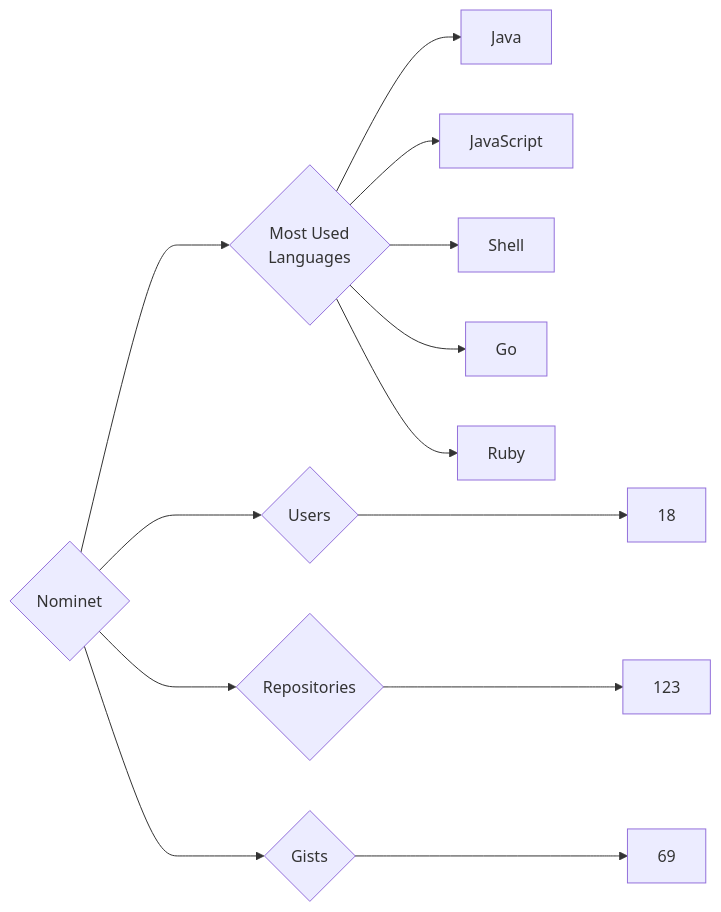
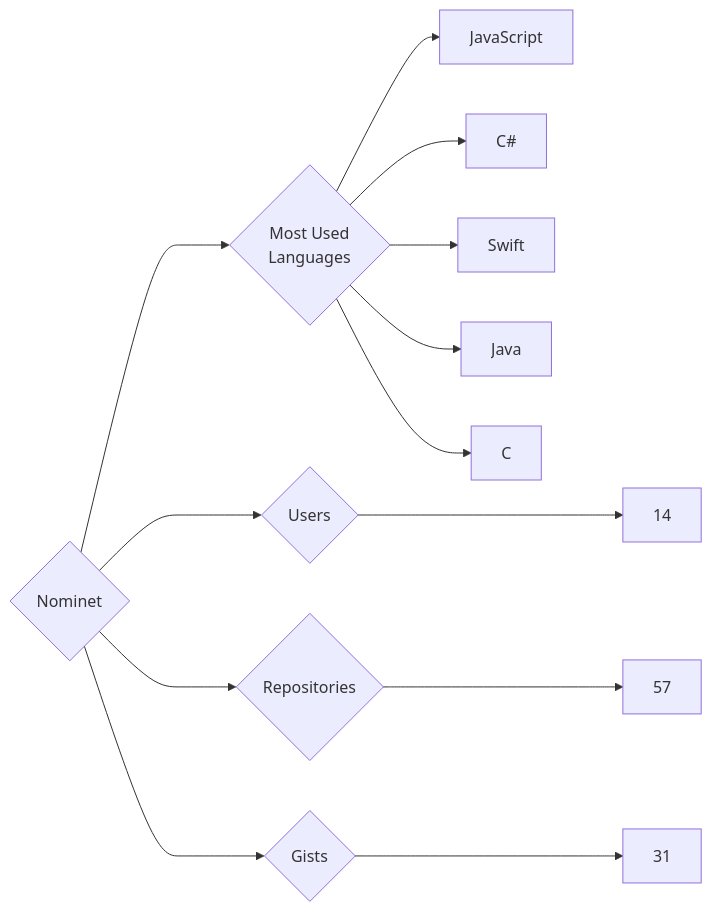
Before and after one commit to trickest/insiders: the diagram in targets/Nominet/README.md, drawn with Mermaid. The commit also changed 920 other files, not shown here.

````diff
--- a/targets/Nominet/README.md
+++ b/targets/Nominet/README.md
@@ -3,13 +3,13 @@
 ```mermaid
 graph LR
 COMPANY_NAME{Nominet}
-COMPANY_NAME ---> U{Users} ---> UN[18]
-COMPANY_NAME ---> R{Repositories} ---> RN[123]
-COMPANY_NAME ---> G{Gists} ---> GN[69]
+COMPANY_NAME ---> U{Users} ---> UN[14]
+COMPANY_NAME ---> R{Repositories} ---> RN[57]
+COMPANY_NAME ---> G{Gists} ---> GN[31]
 COMPANY_NAME ---> ML{Most Used<br>Languages}
+ML --> JavaScript[JavaScript]
+ML --> C#[C#]
+ML --> Swift[Swift]
 ML --> Java[Java]
-ML --> JavaScript[JavaScript]
-ML --> Shell[Shell]
-ML --> Go[Go]
-ML --> Ruby[Ruby]
+ML --> C[C]
 ```
````
